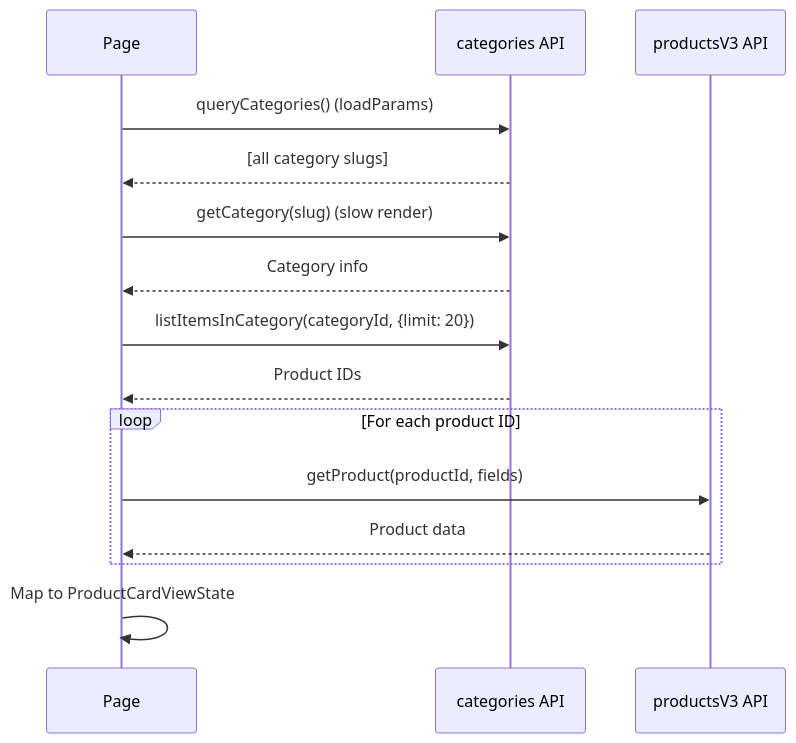
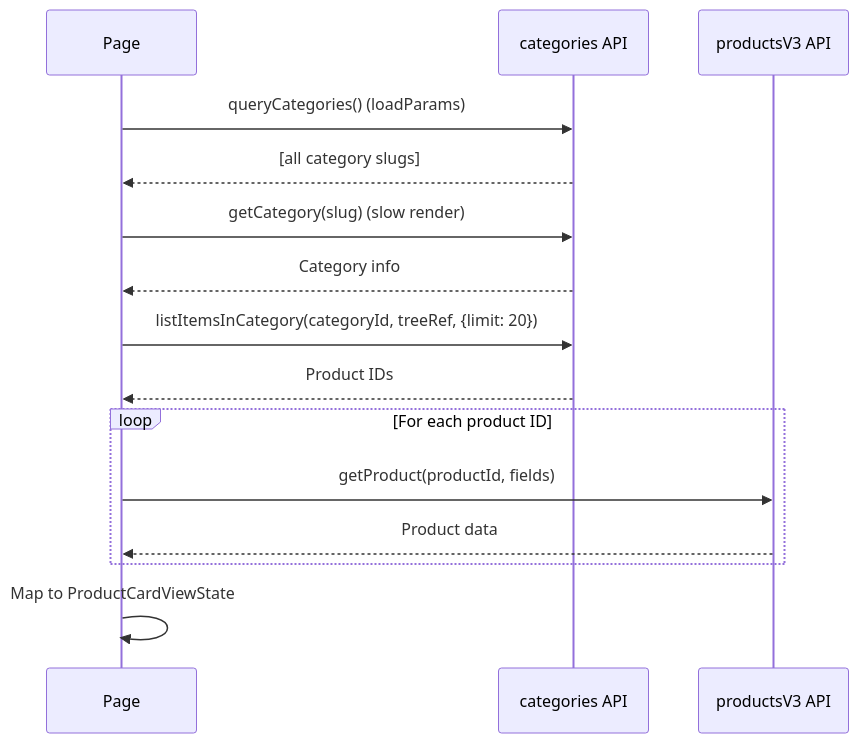
Before and after one commit to jay-framework/wix: the diagram in design-log/03 - category pages.md, drawn with Mermaid. The commit also changed other lines of this file and 20 other files, not shown here.

````diff
--- a/design-log/03 - category pages.md
+++ b/design-log/03 - category pages.md
@@ -50,22 +50,22 @@
 ```mermaid
 sequenceDiagram
     participant Page
     participant Categories as categories API
     participant Products as productsV3 API
     
     Page->>Categories: queryCategories() (loadParams)
     Categories-->>Page: [all category slugs]
     
     Page->>Categories: getCategory(slug) (slow render)
     Categories-->>Page: Category info
     
-    Page->>Categories: listItemsInCategory(categoryId, {limit: 20})
+    Page->>Categories: listItemsInCategory(categoryId, treeRef, {limit: 20})
     Categories-->>Page: Product IDs
     
     loop For each product ID
         Page->>Products: getProduct(productId, fields)
         Products-->>Page: Product data
     end
     
     Page->>Page: Map to ProductCardViewState
 ```
````
